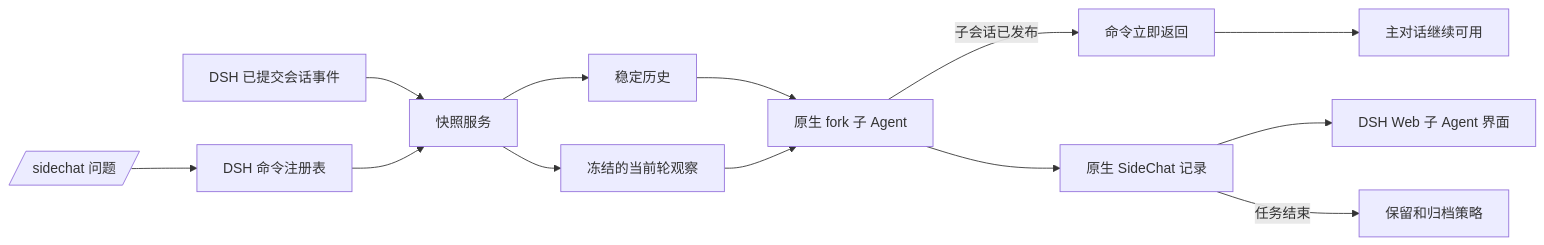
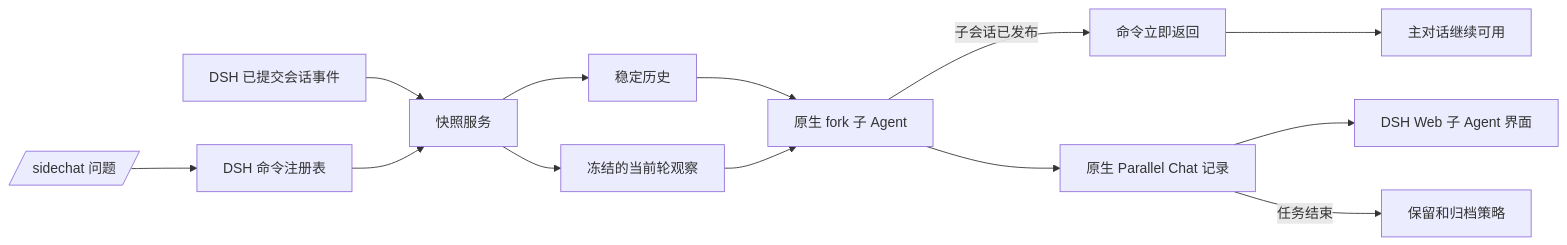
One commit to Glaz-j/dsh-sidechat changed the diagram in README.zh.md. Above: the diagram before and after it, drawn with Mermaid. The commit also changed other lines of this file and 13 other files, not shown here.

Commit message:
refactor: rename package to dsh-parallel-chat

````diff
--- a/README.zh.md
+++ b/README.zh.md
@@ -100,15 +102,15 @@
 ```mermaid
 flowchart LR
     U[/sidechat 问题/] --> C[DSH 命令注册表]
     D[DSH 已提交会话事件] --> S[快照服务]
     C --> S
     S --> H[稳定历史]
     S --> O[冻结的当前轮观察]
     H --> F[原生 fork 子 Agent]
     O --> F
     F -->|子会话已发布| R[命令立即返回]
     R --> P[主对话继续可用]
-    F --> T[原生 SideChat 记录]
+    F --> T[原生 Parallel Chat 记录]
     T --> W[DSH Web 子 Agent 界面]
     T -->|任务结束| L[保留和归档策略]
 ```
````
